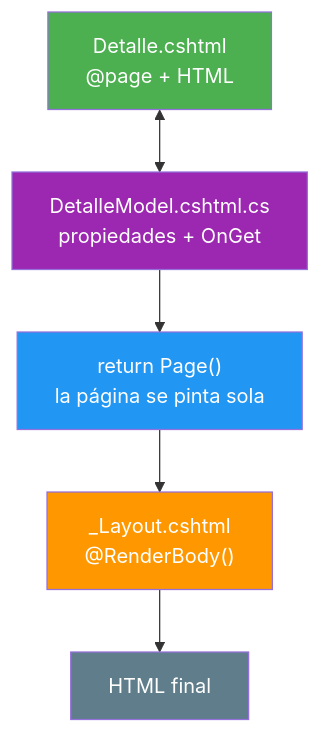
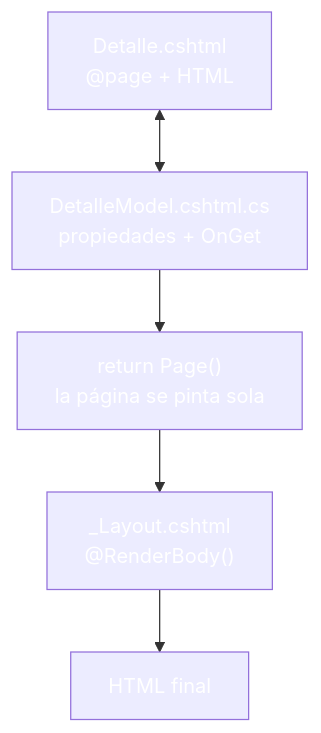
The fourth of 4 diagrams in 10-razorpages-fundamentos.md (joseluisgs/DesarrolloWebEntornosServidor-03-2026-2027), drawn with Mermaid before and after one commit. The commit also changed other lines of this file and 30 other files, not shown here.

````diff
--- a/10-razorpages-fundamentos.md
+++ b/10-razorpages-fundamentos.md
@@ -319,12 +319,12 @@
 ```mermaid
 graph TD
     V["Detalle.cshtml<br/>@page + HTML"] <--> M["DetalleModel.cshtml.cs<br/>propiedades + OnGet"]
     M --> R["return Page()<br/>la página se pinta sola"]
     R --> L["_Layout.cshtml<br/>@RenderBody()"]
     L --> H["HTML final"]
-    style V fill:#4CAF50,color:#fff
-    style M fill:#9C27B0,color:#fff
-    style R fill:#2196F3,color:#fff
-    style L fill:#FF9800,color:#fff
-    style H fill:#607D8B,color:#fff
+    style V fill:#4CAF5,color:#fff0,color:#fff
+    style M fill:#9C27B,color:#fff0,color:#fff
+    style R fill:#2196F,color:#fff3,color:#fff
+    style L fill:#FF980,color:#fff0,color:#fff
+    style H fill:#607D8,color:#fffB,color:#fff
 ```
````
